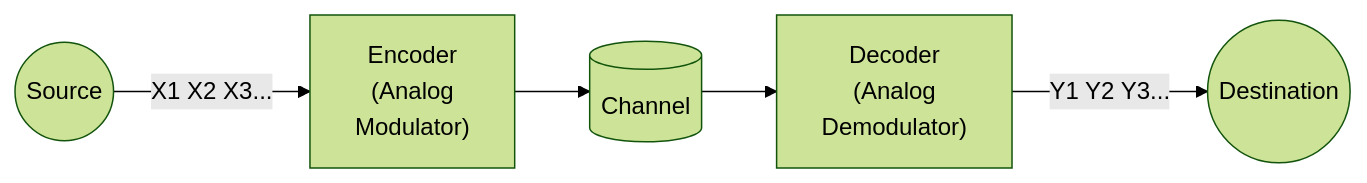
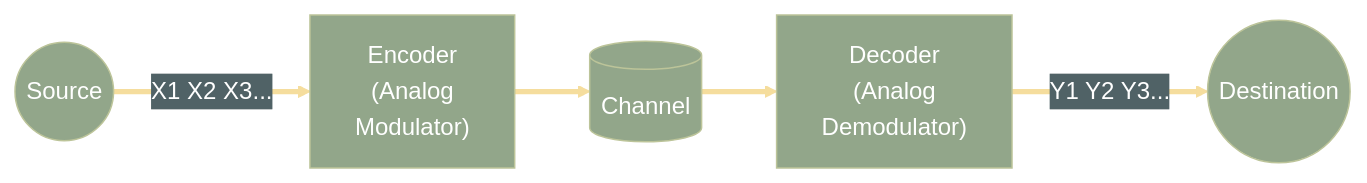
Before and after one commit to nic0-dev/Coding-Projects: the first of 2 diagrams in EEE-161/Lecture-1.md, drawn with Mermaid.

Commit message:
Custom Theme for Mermaid Diagrams

````diff
--- a/EEE-161/Lecture-1.md
+++ b/EEE-161/Lecture-1.md
@@ -17,7 +17,19 @@
 ```mermaid
-  %%{init: {'theme':'forest'}}%%
+  %%{
+    init: {
+      'theme':'base',
+      'themeVariables': {
+        'primaryColor': '#92a68a',
+        'primaryTextColor': '#fff',
+        'primaryBorderColor': '#bcc499',
+        'lineColor': '#f5dd9d',
+        'secondaryColor': '#506266',
+        'tertiaryColor': '#7b8f8a'
+      }
+    }
+  }%%
   graph LR
-    s((Source)) -- X1 X2 X3... --> en["Encoder<br>(Analog<br>Modulator)"]
-    en --> c[(Channel)] --> de["Decoder<br>(Analog<br>Demodulator)"]
-    de -- Y1 Y2 Y3... --> d(("Destination"))
+    s((Source)) == X1 X2 X3... ==> en["Encoder<br>(Analog<br>Modulator)"]
+    en ==> c[(Channel)] ==> de["Decoder<br>(Analog<br>Demodulator)"]
+    de == Y1 Y2 Y3... ==> d(("Destination"))
 ```
````
